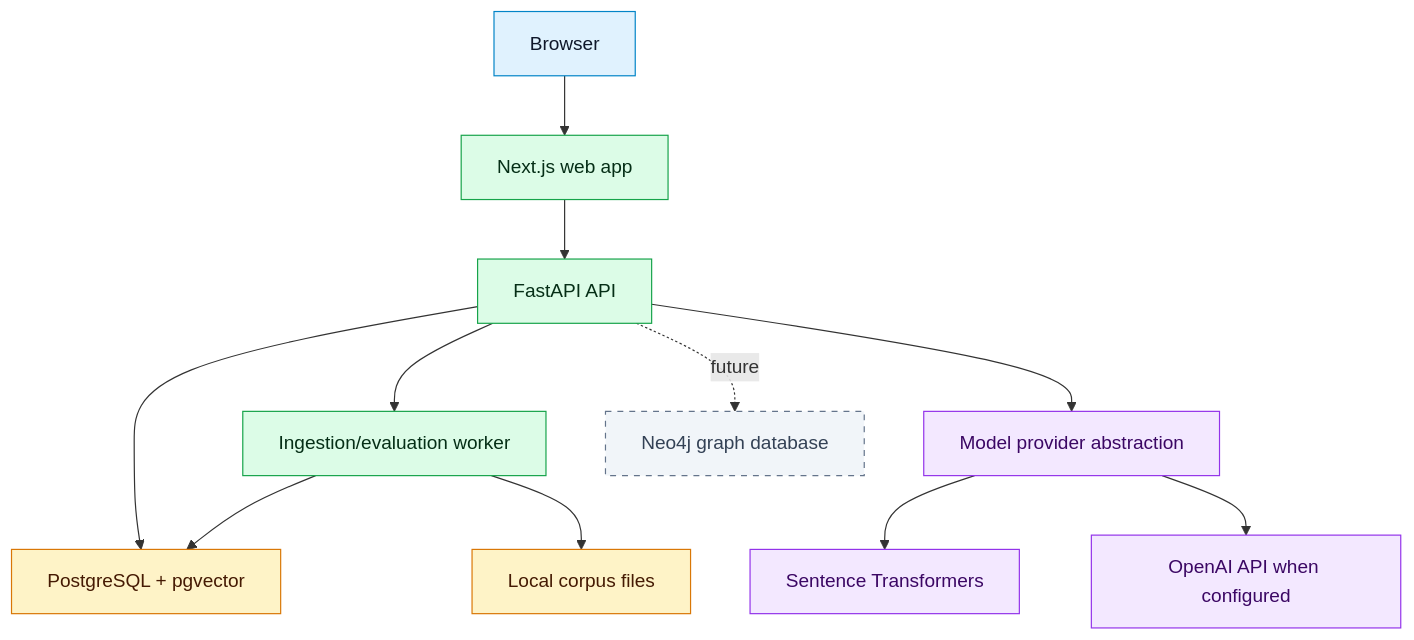
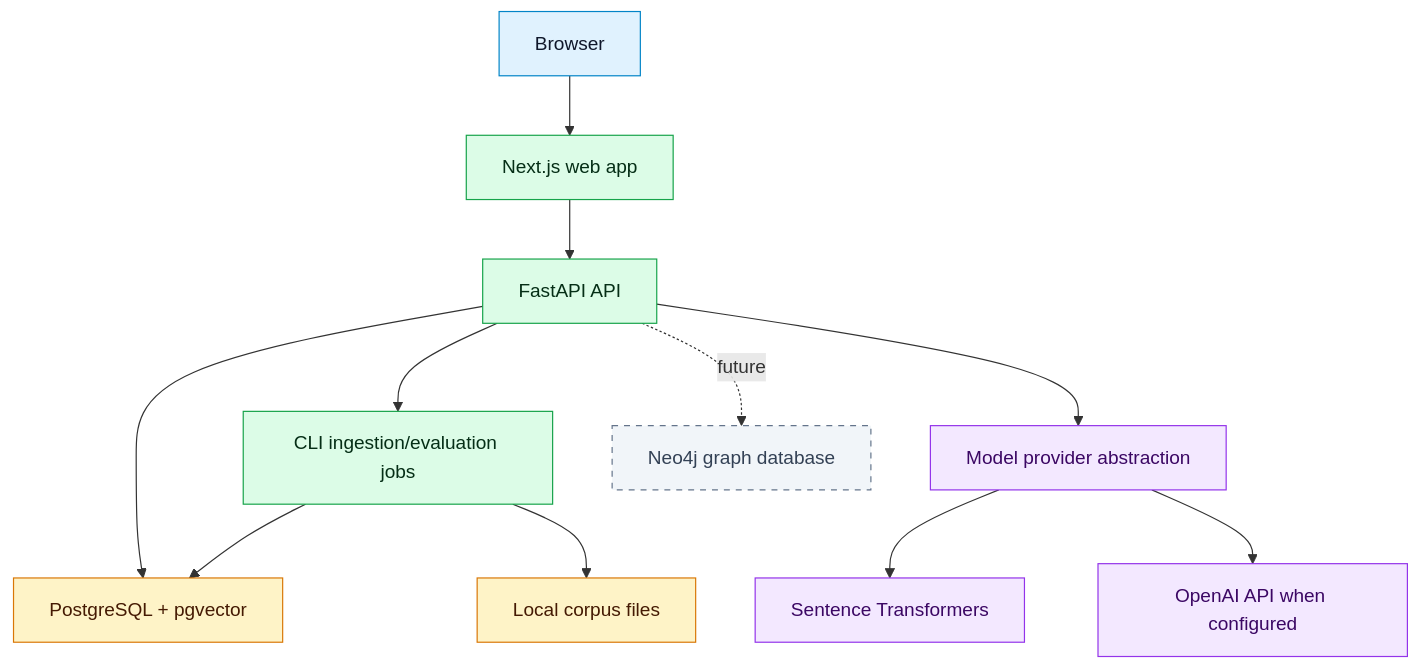
The diagram in docs/architecture/CONTAINER_ARCHITECTURE.md (bluefate/spacebio-evidence-engine), drawn with Mermaid before and after one commit. The commit also changed other lines of this file and 41 other files, not shown here.

````diff
--- a/docs/architecture/CONTAINER_ARCHITECTURE.md
+++ b/docs/architecture/CONTAINER_ARCHITECTURE.md
@@ -13,25 +13,25 @@
 ```mermaid
 flowchart TD
   Browser["Browser"] --> Web["Next.js web app"]
   Web --> API["FastAPI API"]
   API --> DB["PostgreSQL + pgvector"]
-  API --> Worker["Ingestion/evaluation worker"]
-  Worker --> DB
-  Worker --> Files["Local corpus files"]
+  API --> CLI["CLI ingestion/evaluation jobs"]
+  CLI --> DB
+  CLI --> Files["Local corpus files"]
   API --> Provider["Model provider abstraction"]
   Provider --> LocalEmb["Sentence Transformers"]
   Provider --> OpenAI["OpenAI API when configured"]
   API -. "future" .-> Neo4j["Neo4j graph database"]
 
   classDef client fill:#E0F2FE,stroke:#0284C7,color:#0F172A
   classDef service fill:#DCFCE7,stroke:#16A34A,color:#052E16
   classDef data fill:#FEF3C7,stroke:#D97706,color:#451A03
   classDef provider fill:#F3E8FF,stroke:#9333EA,color:#3B0764
   classDef future fill:#F1F5F9,stroke:#64748B,stroke-dasharray: 5 5,color:#334155
 
   class Browser client
-  class Web,API,Worker service
+  class Web,API,CLI service
   class DB,Files data
   class Provider,LocalEmb,OpenAI provider
   class Neo4j future
 ```
````
